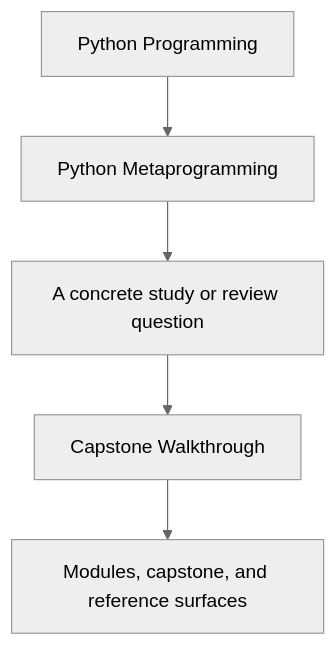
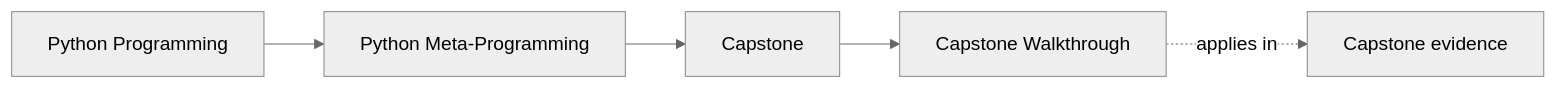
One commit to bijux/bijux-masterclass changed the first of 2 diagrams in programs/python-programming/python-meta-programming/course-book/capstone/capstone-walkthrough.md. Above: the diagram before and after it, drawn with Mermaid (neutral theme). The commit also changed other lines of this file and 91 other files, not shown here.

Commit message:
docs(python-meta-programming): map advanced runtime and capstone surfaces

````diff
--- a/programs/python-programming/python-meta-programming/course-book/capstone/capstone-walkthrough.md
+++ b/programs/python-programming/python-meta-programming/course-book/capstone/capstone-walkthrough.md
@@ -6,7 +6,11 @@
 ```mermaid
-flowchart TD
-  family["Python Programming"] --> program["Python Metaprogramming"]
-  program --> pressure["A concrete study or review question"]
-  pressure --> guide["Capstone Walkthrough"]
-  guide --> next["Modules, capstone, and reference surfaces"]
+graph LR
+  family["Python Programming"]
+  program["Python Meta-Programming"]
+  section["Capstone"]
+  page["Capstone Walkthrough"]
+  capstone["Capstone evidence"]
+
+  family --> program --> section --> page
+  page -.applies in.-> capstone
 ```
````
